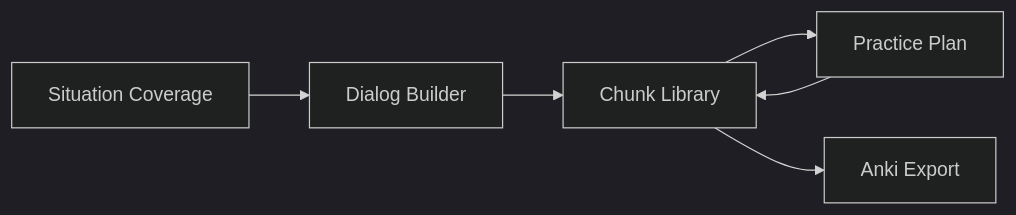
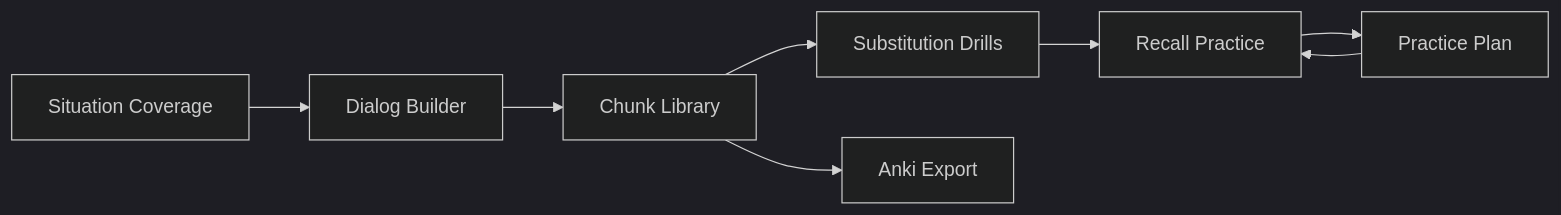
The diagram in docs/features.md (KeiosStarqua/opensen), drawn with Mermaid (dark theme) before and after one commit. The commit also changed other lines of this file and 4 other files, not shown here.

First line of the commit message:
Document product strategy and content-graph database architecture.

````diff
--- a/docs/features.md
+++ b/docs/features.md
@@ -52,8 +82,10 @@
 ```mermaid
 flowchart LR
   Situation[Situation Coverage] --> Dialog[Dialog Builder]
   Dialog --> Chunks[Chunk Library]
-  Chunks --> Plan[Practice Plan]
+  Chunks --> Drills[Substitution Drills]
+  Drills --> Recall[Recall Practice]
+  Recall --> Plan[Practice Plan]
+  Plan --> Recall
   Chunks --> Anki[Anki Export]
-  Plan --> Chunks
 ```
````
